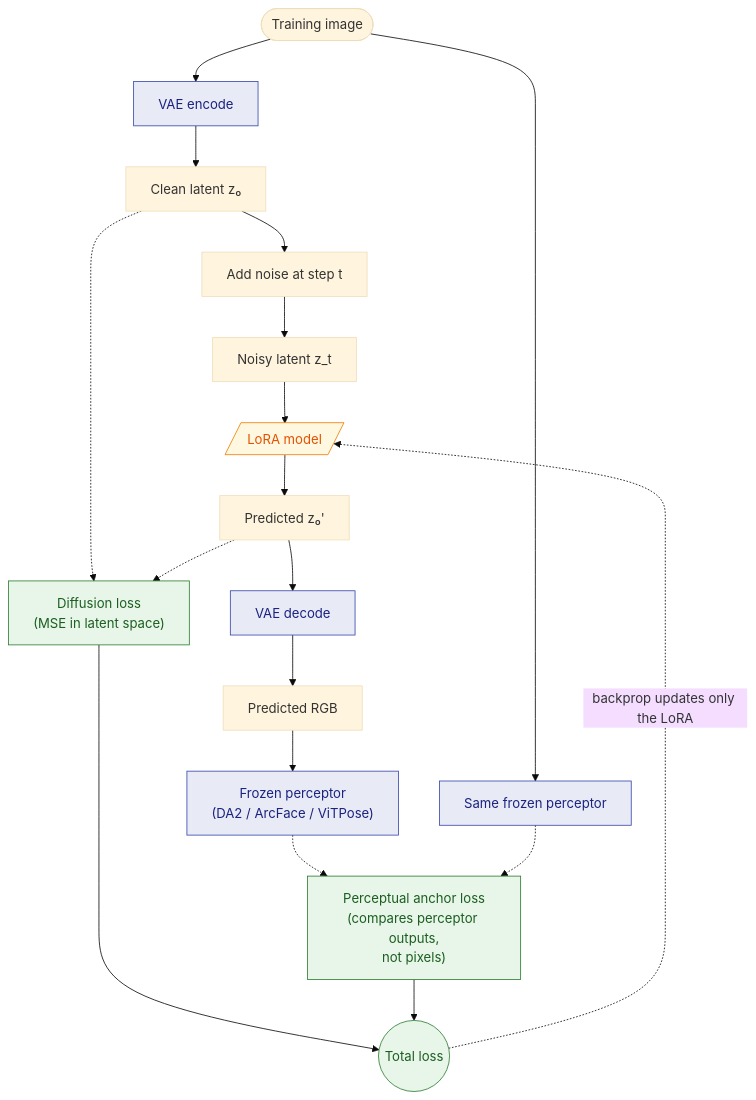
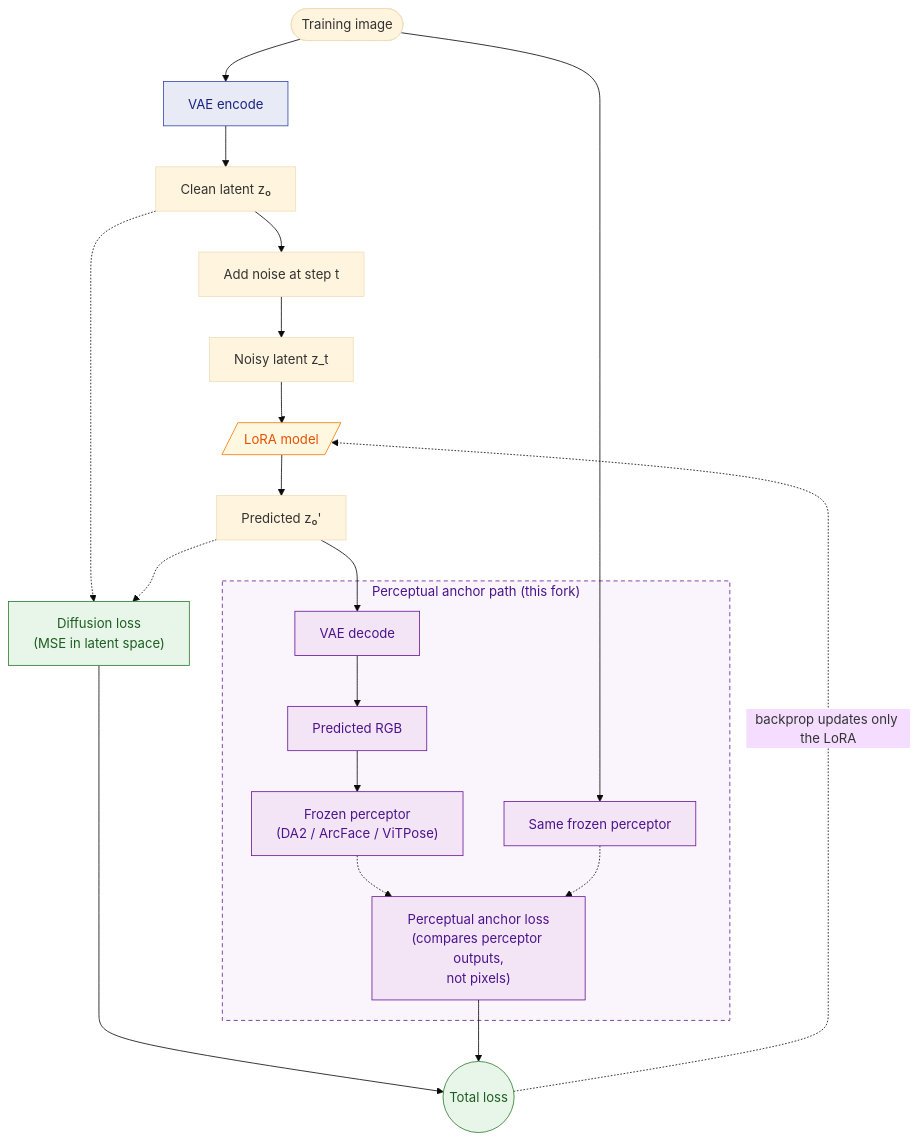
Before and after one commit to BuffaloBuffaloBuffaloBuffalo/ai-toolkit-perceptual: the diagram in README.md, drawn with Mermaid (base theme).

Commit message:
README: bound perceptual anchor path in a subgraph with distinct color

````diff
--- a/README.md
+++ b/README.md
@@ -27,33 +27,43 @@
 ```mermaid
 flowchart TD
     GT([Training image])
     GT --> Encode[VAE encode]
     Encode --> Z0[Clean latent z₀]
     Z0 --> Noise[Add noise at step t]
     Noise --> Zt[Noisy latent z_t]
     Zt --> Model[/LoRA model/]
     Model --> Zhat[Predicted z₀']
 
     Z0 -.-> Diff["Diffusion loss<br/>(MSE in latent space)"]
     Zhat -.-> Diff
 
-    Zhat --> Decode[VAE decode]
-    Decode --> RGBp[Predicted RGB]
-    RGBp --> Pp["Frozen perceptor<br/>(DA2 / ArcFace / ViTPose)"]
-    GT --> Pg[Same frozen perceptor]
+    subgraph Perceptual["Perceptual anchor path (this fork)"]
+        Decode[VAE decode]
+        RGBp[Predicted RGB]
+        Pp["Frozen perceptor<br/>(DA2 / ArcFace / ViTPose)"]
+        Pg[Same frozen perceptor]
+        Anchor["Perceptual anchor loss<br/>(compares perceptor outputs,<br/>not pixels)"]
+    end
 
-    Pp -.-> Anchor["Perceptual anchor loss<br/>(compares perceptor outputs,<br/>not pixels)"]
+    Zhat --> Decode
+    Decode --> RGBp
+    RGBp --> Pp
+    GT --> Pg
+    Pp -.-> Anchor
     Pg -.-> Anchor
 
     Diff --> Total((Total loss))
     Anchor --> Total
     Total -. backprop updates only the LoRA .-> Model
 
     classDef frozen fill:#e8eaf6,stroke:#3949ab,color:#1a237e
     classDef trainable fill:#fff8e1,stroke:#f57c00,color:#e65100
     classDef loss fill:#e8f5e9,stroke:#2e7d32,color:#1b5e20
+    classDef anchor fill:#f3e5f5,stroke:#6a1b9a,color:#4a148c
 
-    class Encode,Decode,Pp,Pg frozen
+    class Encode frozen
     class Model trainable
-    class Diff,Anchor,Total loss
+    class Diff,Total loss
+    class Decode,RGBp,Pp,Pg,Anchor anchor
+    style Perceptual fill:#faf5fc,stroke:#6a1b9a,stroke-dasharray:5 4,color:#4a148c
 ```
````
